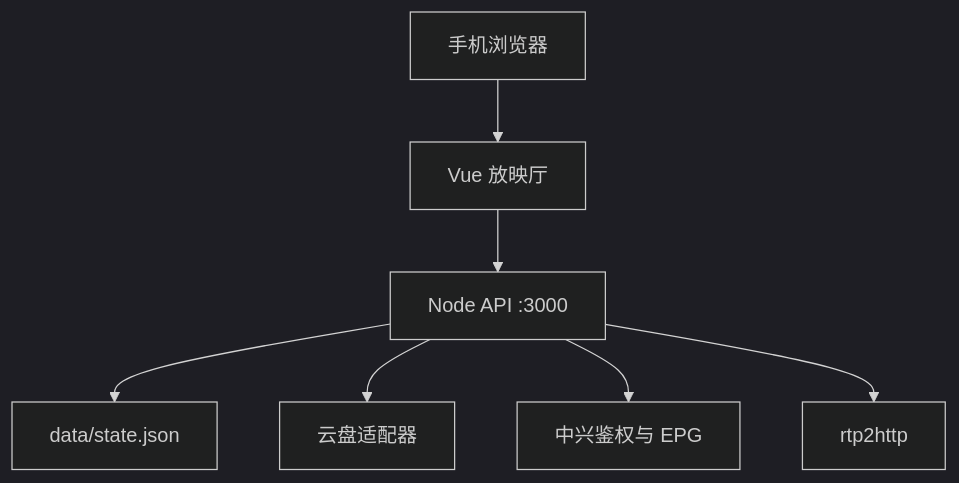
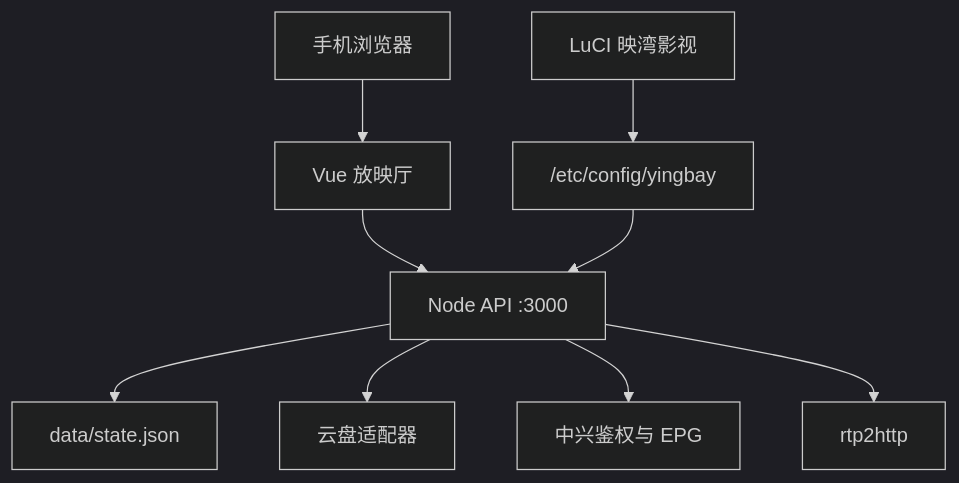
Before and after one commit to bcyyt/my-xiaoya: the diagram in .monkeycode/docs/ARCHITECTURE.md, drawn with Mermaid (dark theme). The commit also changed other lines of this file and 25 other files, not shown here.

````diff
--- a/.monkeycode/docs/ARCHITECTURE.md
+++ b/.monkeycode/docs/ARCHITECTURE.md
@@ -3,15 +3,18 @@
 ```mermaid
 flowchart TB
     Phone["手机浏览器"]
     UI["Vue 放映厅"]
     API["Node API :3000"]
     Store["data/state.json"]
     Drive["云盘适配器"]
     ZTE["中兴鉴权与 EPG"]
     RTP["rtp2http"]
     Phone --> UI --> API
     API --> Store
     API --> Drive
     API --> ZTE
     API --> RTP
+    LuCI["LuCI 映湾影视"]
+    UCI["/etc/config/yingbay"]
+    LuCI --> UCI --> API
 ```
````
